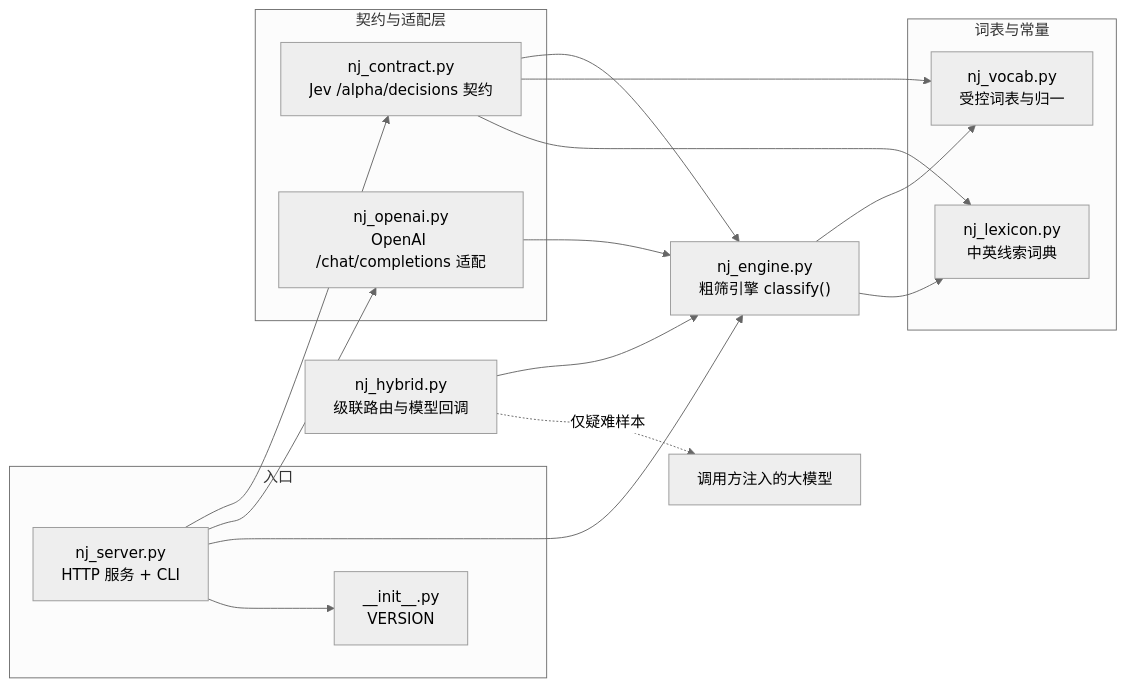
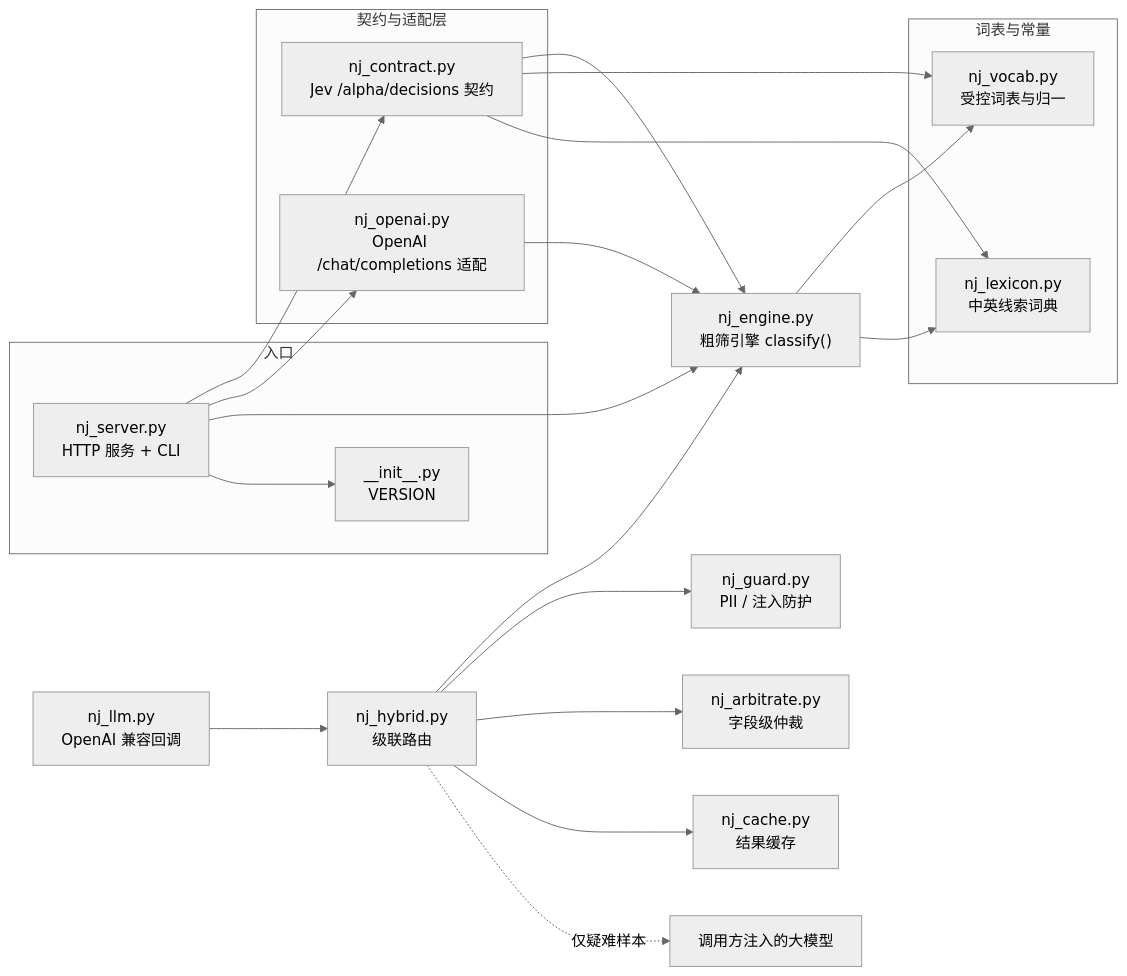
The first of 2 diagrams in README.zh-CN.md (JUNNYOfficial/nano_jev), drawn with Mermaid (neutral theme) before and after one commit. The commit also changed other lines of this file and 18 other files, not shown here.

````diff
--- a/README.zh-CN.md
+++ b/README.zh-CN.md
@@ -216,33 +302,41 @@
 ```mermaid
 graph LR
     subgraph 入口
         SERVER["nj_server.py<br/>HTTP 服务 + CLI"]
         INIT["__init__.py<br/>VERSION"]
     end
 
     subgraph 契约与适配层
         CONTRACT["nj_contract.py<br/>Jev /alpha/decisions 契约"]
         OPENAI["nj_openai.py<br/>OpenAI /chat/completions 适配"]
     end
 
     ENGINE["nj_engine.py<br/>粗筛引擎 classify()"]
 
     subgraph 词表与常量
         VOCAB["nj_vocab.py<br/>受控词表与归一"]
         LEXICON["nj_lexicon.py<br/>中英线索词典"]
     end
 
     SERVER --> CONTRACT
     SERVER --> OPENAI
     SERVER --> ENGINE
     SERVER --> INIT
     CONTRACT --> ENGINE
     CONTRACT --> VOCAB
     CONTRACT --> LEXICON
     OPENAI --> ENGINE
-    HYBRID["nj_hybrid.py<br/>级联路由与模型回调"]
+    HYBRID["nj_hybrid.py<br/>级联路由"]
+    GUARD["nj_guard.py<br/>PII / 注入防护"]
+    ARB["nj_arbitrate.py<br/>字段级仲裁"]
+    CACHE["nj_cache.py<br/>结果缓存"]
+    LLMADAPTER["nj_llm.py<br/>OpenAI 兼容回调"]
     HYBRID --> ENGINE
+    HYBRID --> GUARD
+    HYBRID --> ARB
+    HYBRID --> CACHE
+    LLMADAPTER --> HYBRID
     HYBRID -. "仅疑难样本" .-> LLM["调用方注入的大模型"]
     ENGINE --> VOCAB
     ENGINE --> LEXICON
 ```
````
